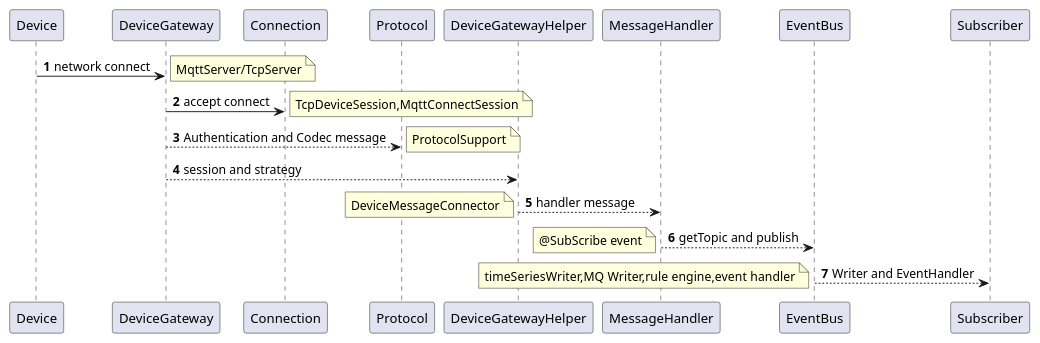
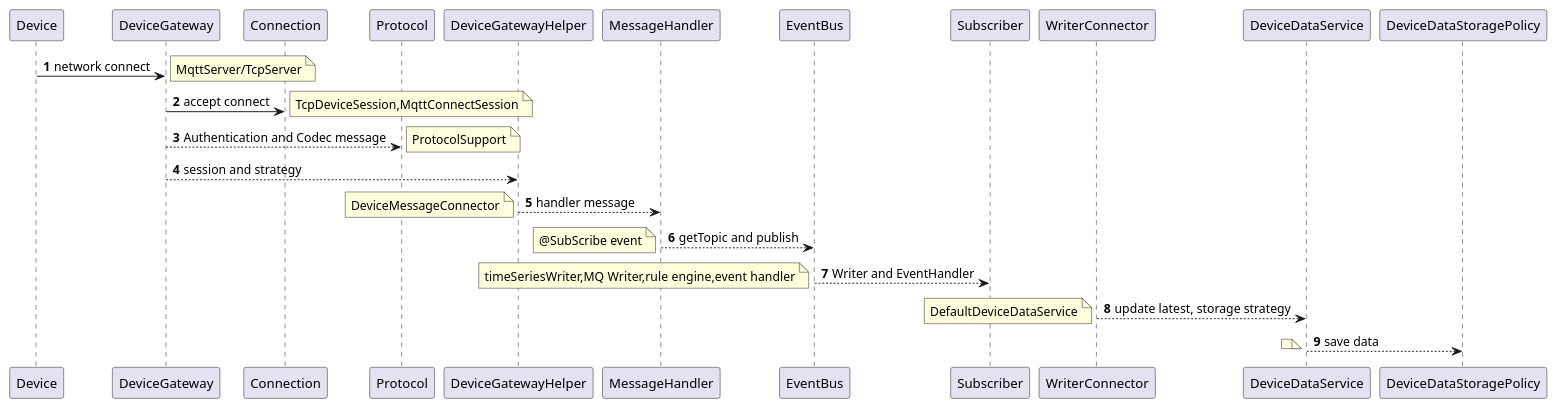
One commit to cqu20141693/java-demo changed the diagram in network-samples/ocpp-sample/docs/upstream.puml. Above: the diagram before and after it, drawn with PlantUML. The commit also changed 168 other files, not shown here.

```diff
--- a/network-samples/ocpp-sample/docs/upstream.puml
+++ b/network-samples/ocpp-sample/docs/upstream.puml
@@ -1,19 +1,23 @@
 @startuml
 'https://plantuml.com/sequence-diagram
 
 autonumber
 
 Device -> DeviceGateway: network connect
 note right : MqttServer/TcpServer
 DeviceGateway -> Connection: accept connect
 note right : TcpDeviceSession,MqttConnectSession
 DeviceGateway --> Protocol: Authentication and Codec message
 note right : ProtocolSupport
 DeviceGateway--> DeviceGatewayHelper : session and strategy
 DeviceGatewayHelper--> MessageHandler : handler message
 note left: DeviceMessageConnector
 MessageHandler--> EventBus : getTopic and publish
 note left: @SubScribe event
 EventBus--> Subscriber : Writer and EventHandler
 note left:timeSeriesWriter,MQ Writer,rule engine,event handler
+WriterConnector--> DeviceDataService: update latest, storage strategy
+note left: DefaultDeviceDataService
+DeviceDataService --> DeviceDataStoragePolicy : save data
+note left:
 @enduml
```
